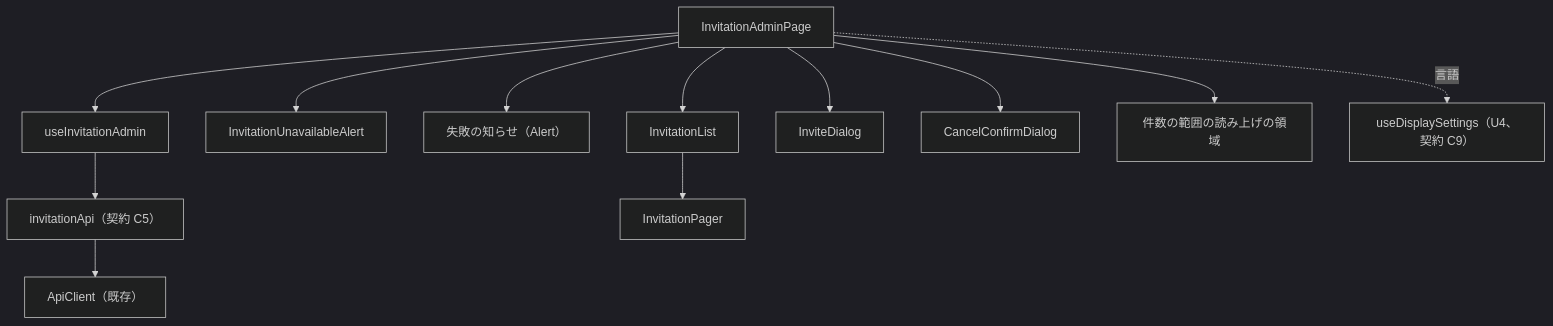
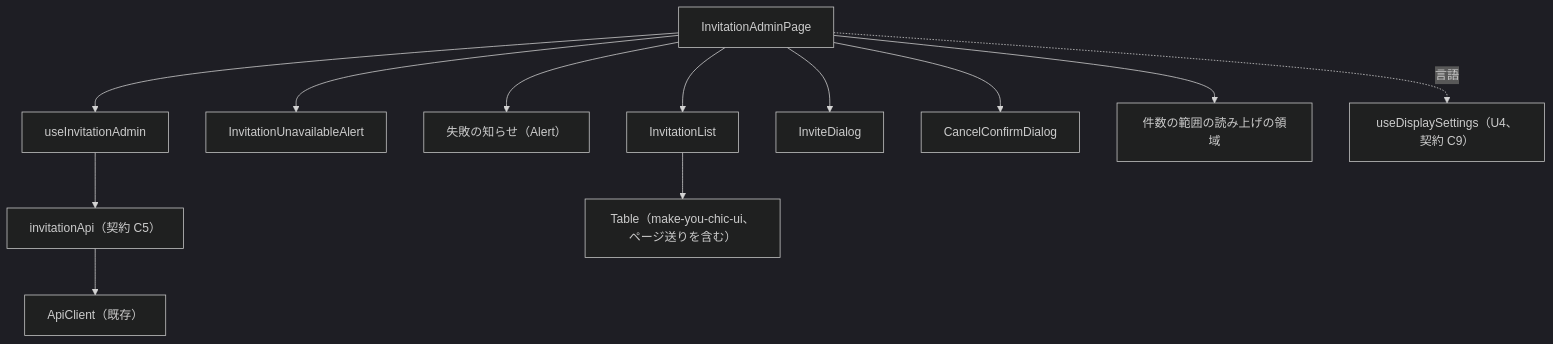
The diagram in aidlc/spaces/default/intents/260925-user-management/construction/u5-invitation-ui/functional-design/frontend-components.md (agwlvssainokuni/mastersmith2), drawn with Mermaid (dark theme) before and after one commit. The commit also changed other lines of this file and 37 other files, not shown here.

Commit message:
Functional Design を承認（全 8 単位。Request Changes で U3 R-01 招待した管理者は氏名だけ、R-02 有効期限の時間の数を差し込む値に、U1 R-01 空の値の拒否、U4 R-01 登録の完了の API を公開のパスに、U5 R-01 送り直しの流れを直し、make-you-chic-ui の新しい部品（RadioGroup・Table・Modal・Dropdown・Button）に置き換えて全単位を再レビュー、全単位 READY。契約 C5・C8・C10 への反映は後の段、学び3件を保存）

````diff
--- a/aidlc/spaces/default/intents/260925-user-management/construction/u5-invitation-ui/functional-design/frontend-components.md
+++ b/aidlc/spaces/default/intents/260925-user-management/construction/u5-invitation-ui/functional-design/frontend-components.md
@@ -19,14 +18,14 @@
 ```mermaid
 flowchart TD
   PAGE["InvitationAdminPage"] --> HOOK["useInvitationAdmin"]
   HOOK --> API["invitationApi（契約 C5）"]
   API --> CLIENT["ApiClient（既存）"]
   PAGE --> WARN["InvitationUnavailableAlert"]
   PAGE --> ALERT["失敗の知らせ（Alert）"]
   PAGE --> LIST["InvitationList"]
-  LIST --> PAGER["InvitationPager"]
+  LIST --> TABLE["Table（make-you-chic-ui、ページ送りを含む）"]
   PAGE --> INVITE["InviteDialog"]
   PAGE --> CANCEL["CancelConfirmDialog"]
   PAGE --> LIVE["件数の範囲の読み上げの領域"]
   PAGE -.->|"言語"| DISPLAY["useDisplaySettings（U4、契約 C9）"]
 ```
````
